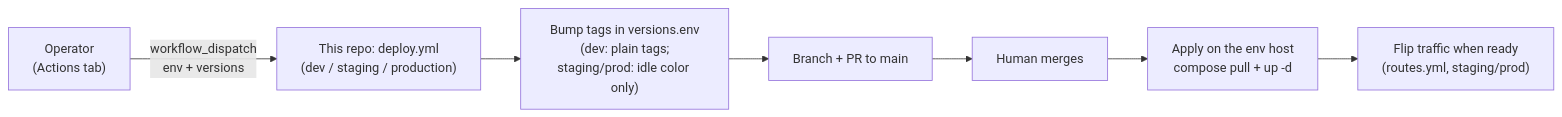
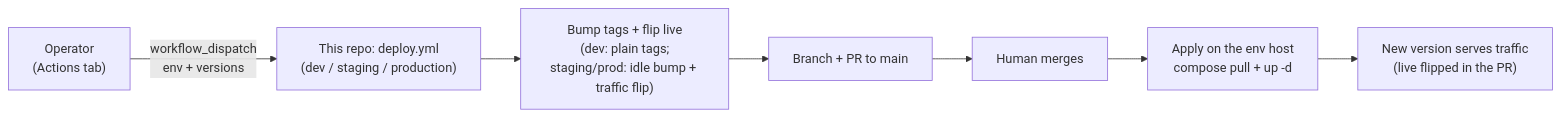
One commit to AstroLumina-by-Carmen-Ilie/AstroLumina-DockerCompose changed the eighth of 8 diagrams in README.md. Above: the diagram before and after it, drawn with Mermaid. The commit also changed other lines of this file and 3 other files, not shown here.

Commit message:
staging: enhance deploy workflow to flip traffic in the same PR

````diff
--- a/README.md
+++ b/README.md
@@ -317,9 +317,9 @@
 ```mermaid
 flowchart LR
     OP["Operator<br/>(Actions tab)"] -->|workflow_dispatch<br/>env + versions| WF["This repo: deploy.yml<br/>(dev / staging / production)"]
-    WF --> BUMP["Bump tags in versions.env<br/>(dev: plain tags;<br/>staging/prod: idle color only)"]
+    WF --> BUMP["Bump tags + flip live<br/>(dev: plain tags;<br/>staging/prod: idle bump + traffic flip)"]
     BUMP --> PR["Branch + PR to main"]
     PR --> MERGE["Human merges"]
     MERGE --> APPLY["Apply on the env host<br/>compose pull + up -d"]
-    APPLY --> SWITCH["Flip traffic when ready<br/>(routes.yml, staging/prod)"]
+    APPLY --> LIVE["New version serves traffic<br/>(live flipped in the PR)"]
 ```
````
